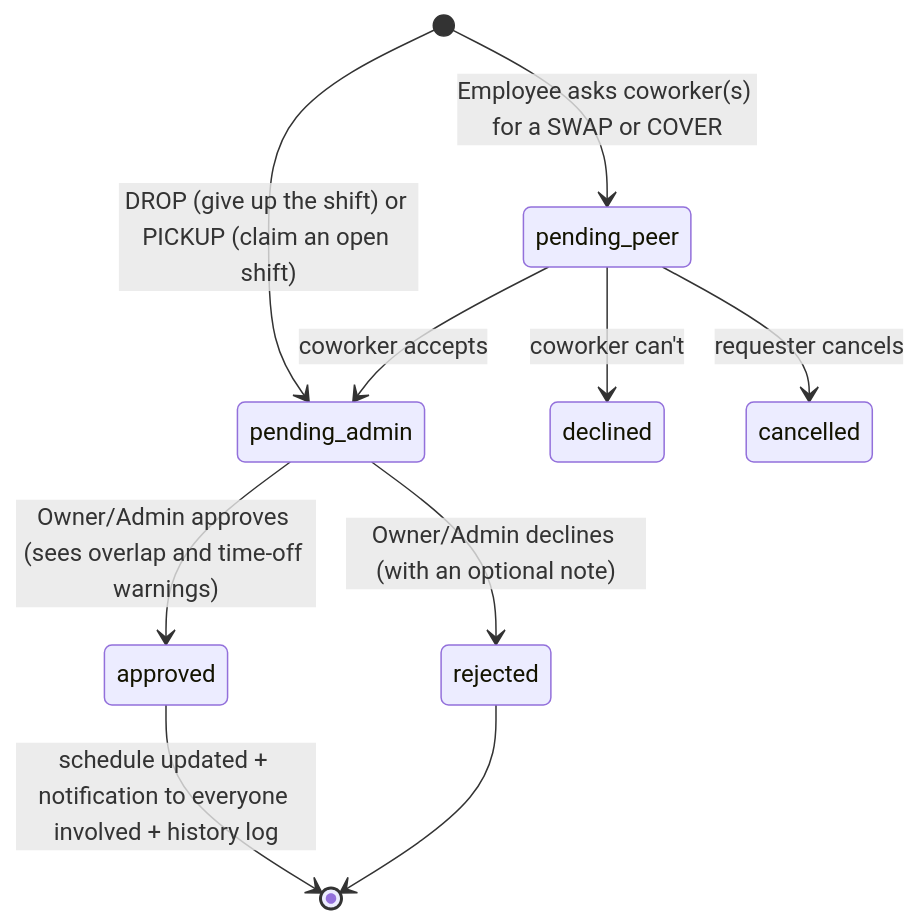
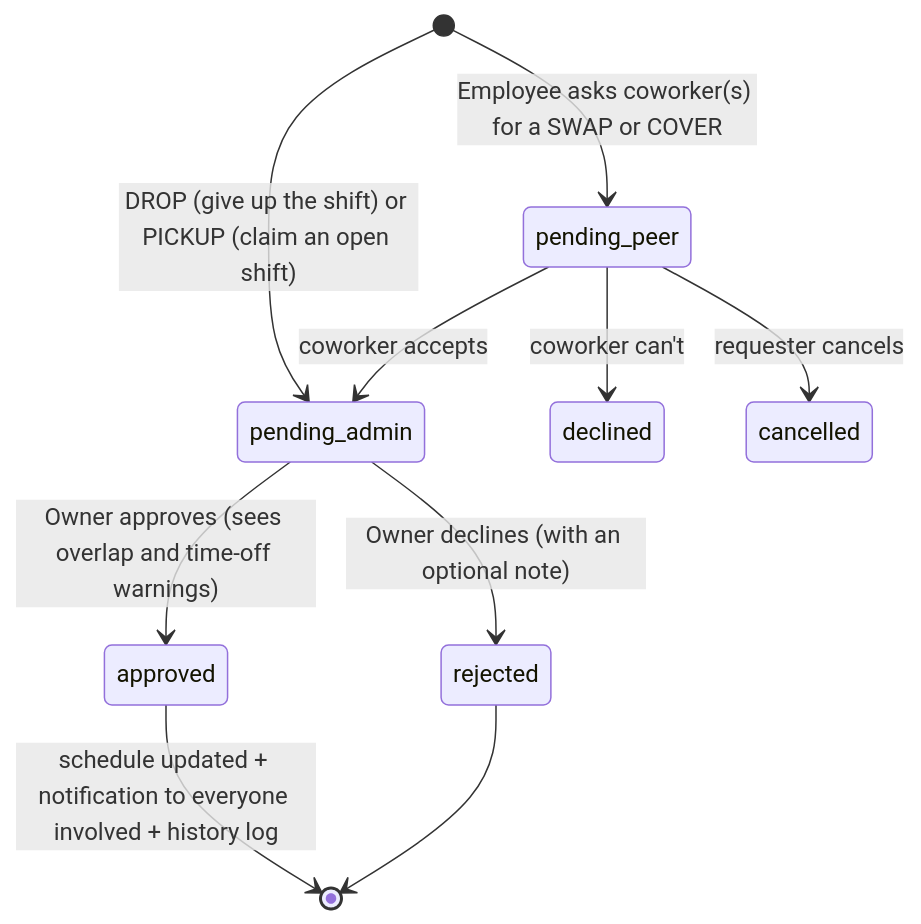
Before and after one commit to vidzza/crewdeck: the second of 2 diagrams in HOMEBASE_RESEARCH.md, drawn with Mermaid. The commit also changed other lines of this file and 14 other files, not shown here.

````diff
--- a/HOMEBASE_RESEARCH.md
+++ b/HOMEBASE_RESEARCH.md
@@ -813,12 +813,12 @@
 ```mermaid
 stateDiagram-v2
   [*] --> pending_peer: Employee asks coworker(s) for a SWAP or COVER
   [*] --> pending_admin: DROP (give up the shift) or PICKUP (claim an open shift)
   pending_peer --> pending_admin: coworker accepts
   pending_peer --> declined: coworker can't
   pending_peer --> cancelled: requester cancels
-  pending_admin --> approved: Owner/Admin approves (sees overlap and time-off warnings)
-  pending_admin --> rejected: Owner/Admin declines (with an optional note)
+  pending_admin --> approved: Owner approves (sees overlap and time-off warnings)
+  pending_admin --> rejected: Owner declines (with an optional note)
   approved --> [*]: schedule updated + notification to everyone involved + history log
   rejected --> [*]
 ```
````
